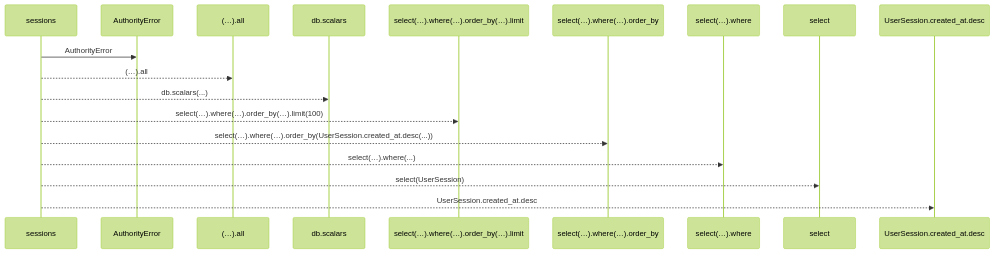
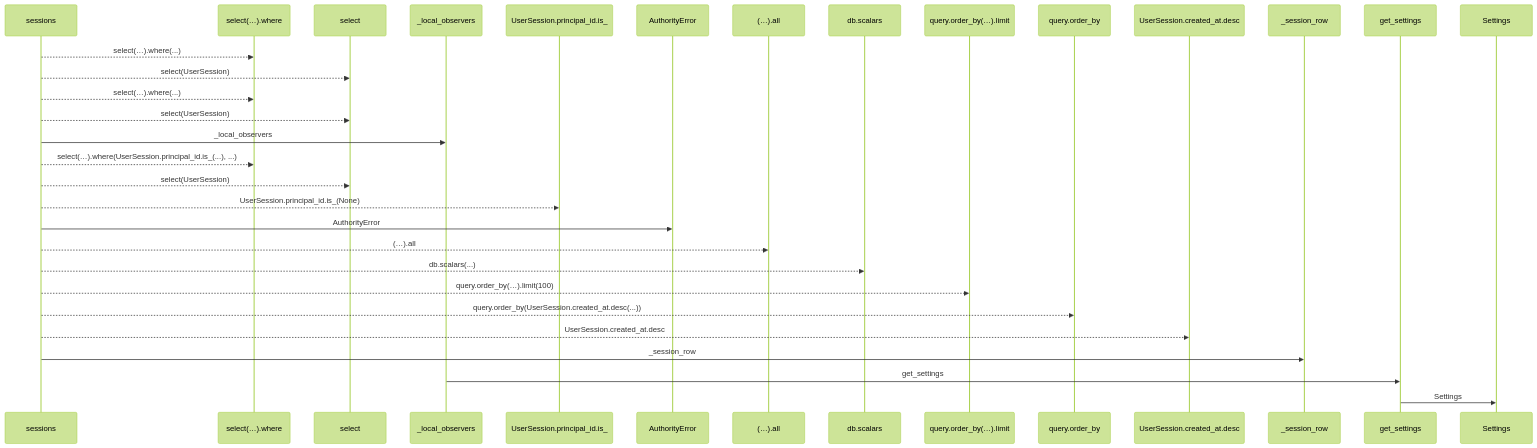
The first of 2 diagrams in docs/llm_wiki/flows/http-sessions.md (Denissvgn/WorkChord), drawn with Mermaid (forest theme) before and after one commit. The commit also changed other lines of this file and 1048 other files, not shown here.

````diff
--- a/docs/llm_wiki/flows/http-sessions.md
+++ b/docs/llm_wiki/flows/http-sessions.md
@@ -12,20 +12,34 @@
 ```mermaid
 sequenceDiagram
     participant p0 as sessions
-    participant p1 as AuthorityError
-    participant p2 as (…).all
-    participant p3 as db.scalars
-    participant p4 as select(…).where(…).order_by(…).limit
-    participant p5 as select(…).where(…).order_by
-    participant p6 as select(…).where
-    participant p7 as select
-    participant p8 as UserSession.created_at.desc
-    p0->>p1: AuthorityError
-    p0-->>p2: (…).all
-    p0-->>p3: db.scalars(...)
-    p0-->>p4: select(…).where(…).order_by(…).limit(100)
-    p0-->>p5: select(…).where(…).order_by(UserSession.created_at.desc(...))
-    p0-->>p6: select(…).where(...)
-    p0-->>p7: select(UserSession)
-    p0-->>p8: UserSession.created_at.desc
+    participant p1 as select(…).where
+    participant p2 as select
+    participant p3 as _local_observers
+    participant p4 as UserSession.principal_id.is_
+    participant p5 as AuthorityError
+    participant p6 as (…).all
+    participant p7 as db.scalars
+    participant p8 as query.order_by(…).limit
+    participant p9 as query.order_by
+    participant p10 as UserSession.created_at.desc
+    participant p11 as _session_row
+    participant p12 as get_settings
+    participant p13 as Settings
+    p0-->>p1: select(…).where(...)
+    p0-->>p2: select(UserSession)
+    p0-->>p1: select(…).where(...)
+    p0-->>p2: select(UserSession)
+    p0->>p3: _local_observers
+    p0-->>p1: select(…).where(UserSession.principal_id.is_(...), ...)
+    p0-->>p2: select(UserSession)
+    p0-->>p4: UserSession.principal_id.is_(None)
+    p0->>p5: AuthorityError
+    p0-->>p6: (…).all
+    p0-->>p7: db.scalars(...)
+    p0-->>p8: query.order_by(…).limit(100)
+    p0-->>p9: query.order_by(UserSession.created_at.desc(...))
+    p0-->>p10: UserSession.created_at.desc
+    p0->>p11: _session_row
+    p3->>p12: get_settings
+    p12->>p13: Settings
 ```
````
